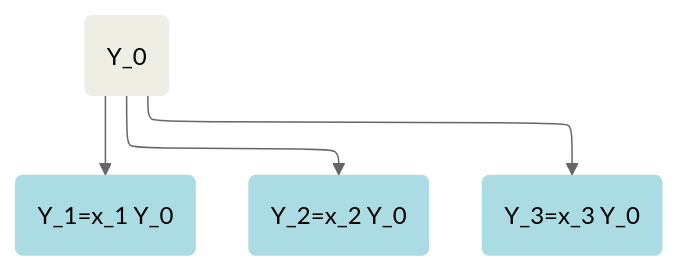
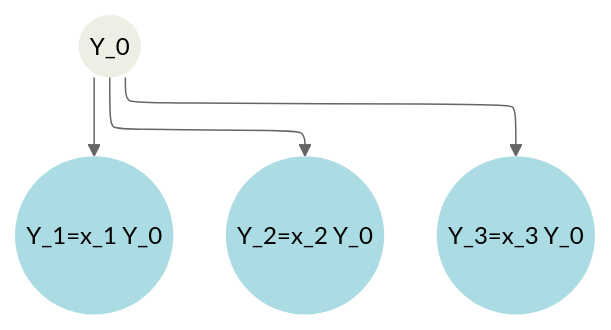
One commit to jakobsarthur/maxent_disaggregation changed the diagram in README.md. Above: the diagram before and after it, drawn with Mermaid (neutral theme). The commit also changed 1 other file, not shown here.

Commit message:
update flow chart shape

````diff
--- a/README.md
+++ b/README.md
@@ -45,19 +45,19 @@
 ```mermaid
 flowchart-elk TD
     %% Define node classes
     classDef Aggregate fill:#eeeee4,color:black,stroke:none;
     classDef DisAgg1 fill:#abdbe3,color:black,stroke:none;
     classDef DisAgg2 fill:#e28743,color:black,stroke:none;
     classDef DisAgg3 fill:#abdbe3,color:black,stroke:none;
 
-    agg("Y_0"):::Aggregate
-    disagg1("Y_1=x_1 Y_0"):::DisAgg1
-    disagg2("Y_2=x_2 Y_0"):::DisAgg1
-    disagg3("Y_3=x_3 Y_0"):::DisAgg1
+    agg(("Y_0")):::Aggregate
+    disagg1(("Y_1=x_1 Y_0")):::DisAgg1
+    disagg2(("Y_2=x_2 Y_0")):::DisAgg1
+    disagg3(("Y_3=x_3 Y_0")):::DisAgg1
    
 
     %% Define connections
     agg  --> disagg1
     agg  --> disagg2
     agg  --> disagg3
 ```
````
